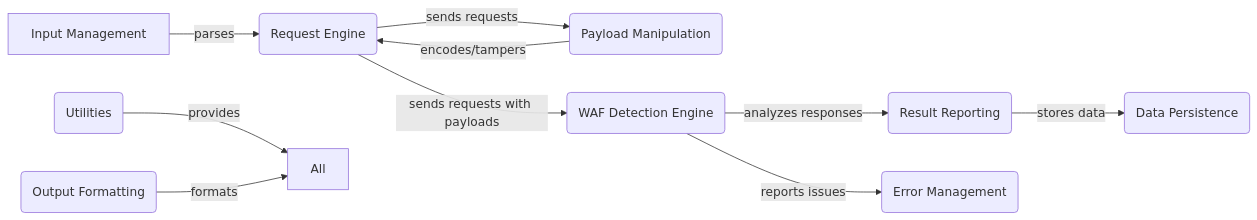
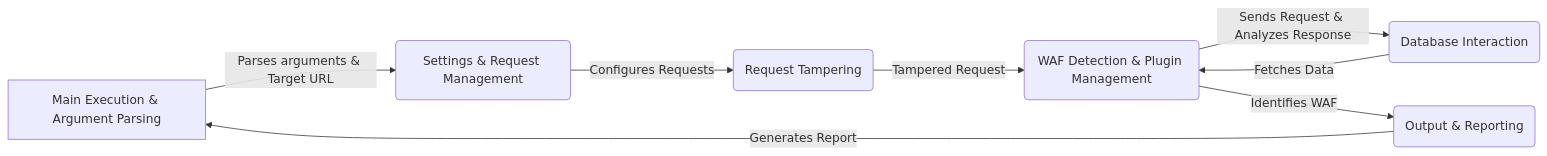
Before and after one commit to CodeBoarding/GeneratedOnBoardings: the diagram in WhatWaf/on_boarding.md, drawn with Mermaid. The commit also changed other lines of this file, not shown here.

Commit message:
Uploading onboarding materials for WhatWaf

````diff
--- a/WhatWaf/on_boarding.md
+++ b/WhatWaf/on_boarding.md
@@ -5,15 +5,10 @@
 ```mermaid
 graph LR
-    A[Input Management] -- parses --> B(Request Engine)
-    B -- sends requests --> C(Payload Manipulation)
-    C -- encodes/tampers --> B
-    B -- sends requests with payloads --> D(WAF Detection Engine)
-    D -- analyzes responses --> E(Result Reporting)
-    E -- stores data --> F(Data Persistence)
-    D -- reports issues --> G(Error Management)
-    H(Utilities) -- provides --> All
-    I(Output Formatting) -- formats --> All
-
-
-
+    A[Main Execution & Argument Parsing] -- Parses arguments & Target URL --> B(Settings & Request Management)
+    B -- Configures Requests --> C(Request Tampering)
+    C -- Tampered Request --> D(WAF Detection & Plugin Management)
+    D -- Sends Request & Analyzes Response --> E(Database Interaction)
+    E -- Fetches Data --> D
+    D -- Identifies WAF --> F(Output & Reporting)
+    F -- Generates Report --> A
 ```
````
